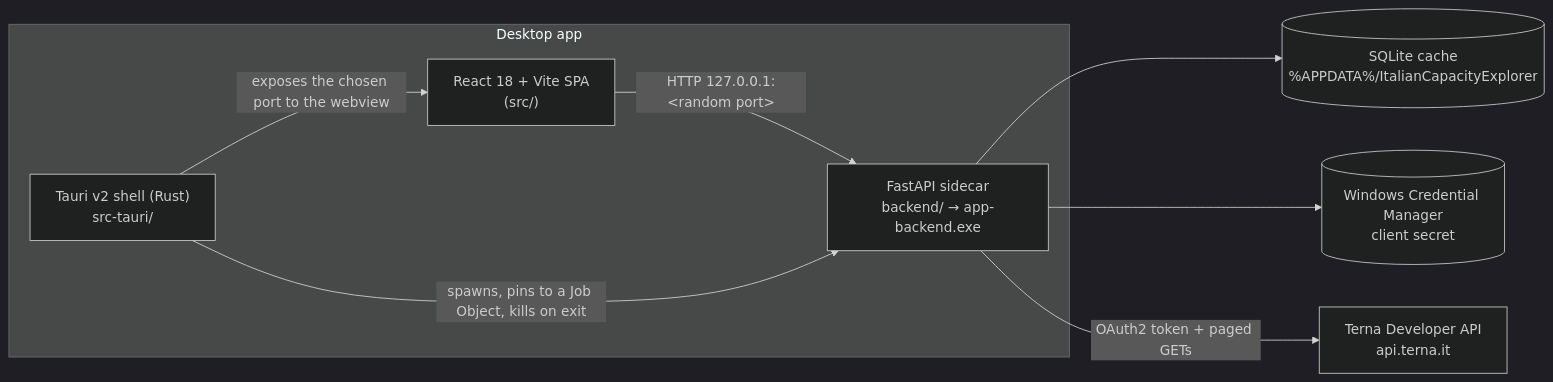
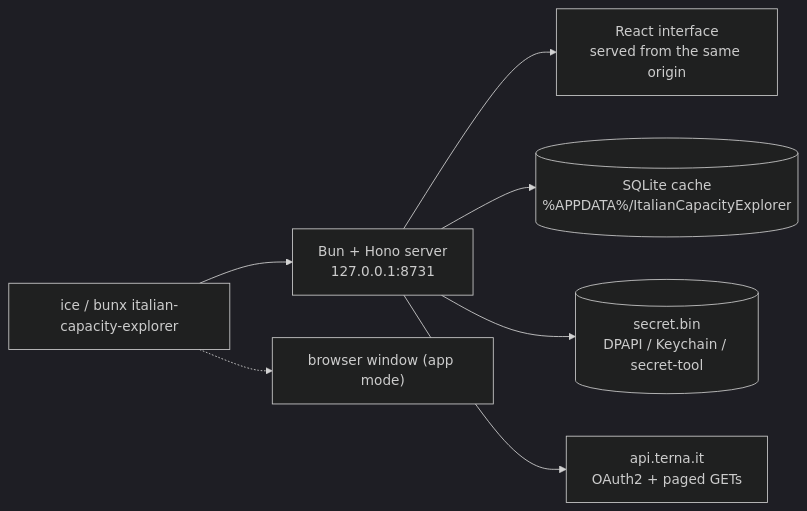
Before and after one commit to tomdacu/italian-installed-power-plants-explorer: the diagram in README.md, drawn with Mermaid (dark theme). The commit also changed other lines of this file and 96 other files, not shown here.

First line of the commit message:
Phases 3 and 5: Bun-only pipeline, npm package, Python and Tauri removed

````diff
--- a/README.md
+++ b/README.md
@@ -57,18 +78,9 @@
 ```mermaid
 flowchart LR
-  subgraph Desktop app
-    UI["React 18 + Vite SPA<br/>(src/)"]
-    Shell["Tauri v2 shell (Rust)<br/>src-tauri/"]
-    Sidecar["FastAPI sidecar<br/>backend/ → app-backend.exe"]
-  end
-  Cache[("SQLite cache<br/>%APPDATA%/ItalianCapacityExplorer")]
-  KC[("Windows Credential Manager<br/>client secret")]
-  Terna["Terna Developer API<br/>api.terna.it"]
-
-  UI -- "HTTP 127.0.0.1:&lt;random port&gt;" --> Sidecar
-  Shell -- "spawns, pins to a Job Object, kills on exit" --> Sidecar
-  Shell -- "exposes the chosen port to the webview" --> UI
-  Sidecar --> Cache
-  Sidecar --> KC
-  Sidecar -- "OAuth2 token + paged GETs" --> Terna
+  CLI["ice / bunx italian-capacity-explorer"] --> SRV["Bun + Hono server<br/>127.0.0.1:8731"]
+  SRV --> SPA["React interface<br/>served from the same origin"]
+  SRV --> DB[("SQLite cache<br/>%APPDATA%/ItalianCapacityExplorer")]
+  SRV --> SEC[("secret.bin<br/>DPAPI / Keychain / secret-tool")]
+  SRV --> TERNA["api.terna.it<br/>OAuth2 + paged GETs"]
+  CLI -.-> WINDOW["browser window (app mode)"]
 ```
````
